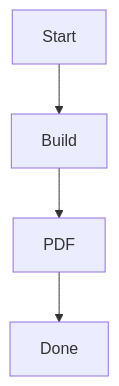
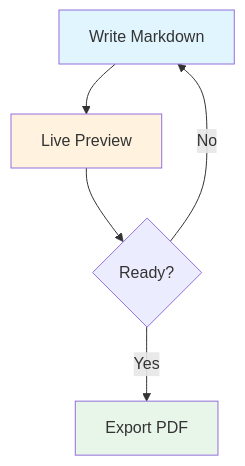
The diagram in docs/example.md (hesamat/slidemd), drawn with Mermaid before and after one commit. The commit also changed other lines of this file and 13 other files, not shown here.

````diff
--- a/docs/example.md
+++ b/docs/example.md
@@ -61,6 +162,11 @@
 ```mermaid
 graph TD
-    A[Start] --> B[Build]
-    B --> C[PDF]
-    C --> D[Done]
+    A[Write Markdown] --> B[Live Preview]
+    B --> C{Ready?}
+    C -->|No| A
+    C -->|Yes| D[Export PDF]
+
+    style A fill:#e1f5fe
+    style B fill:#fff3e0
+    style D fill:#e8f5e9
 ```
````
